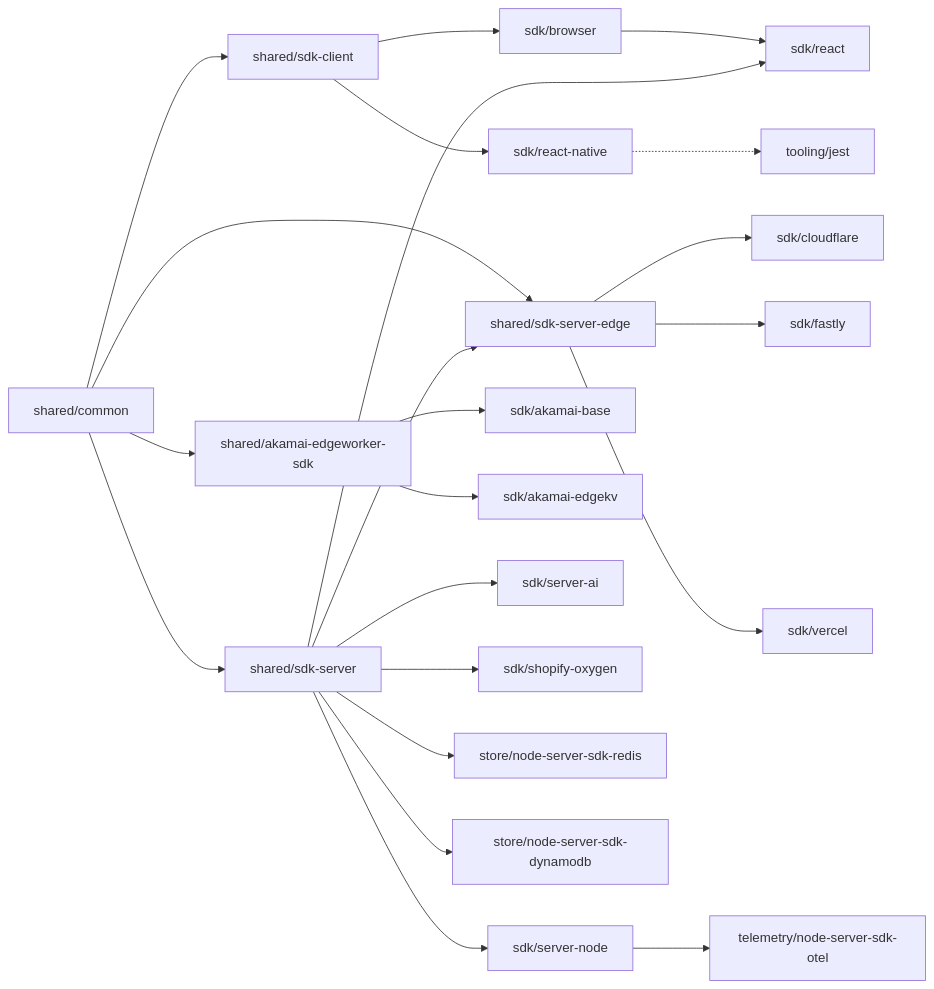
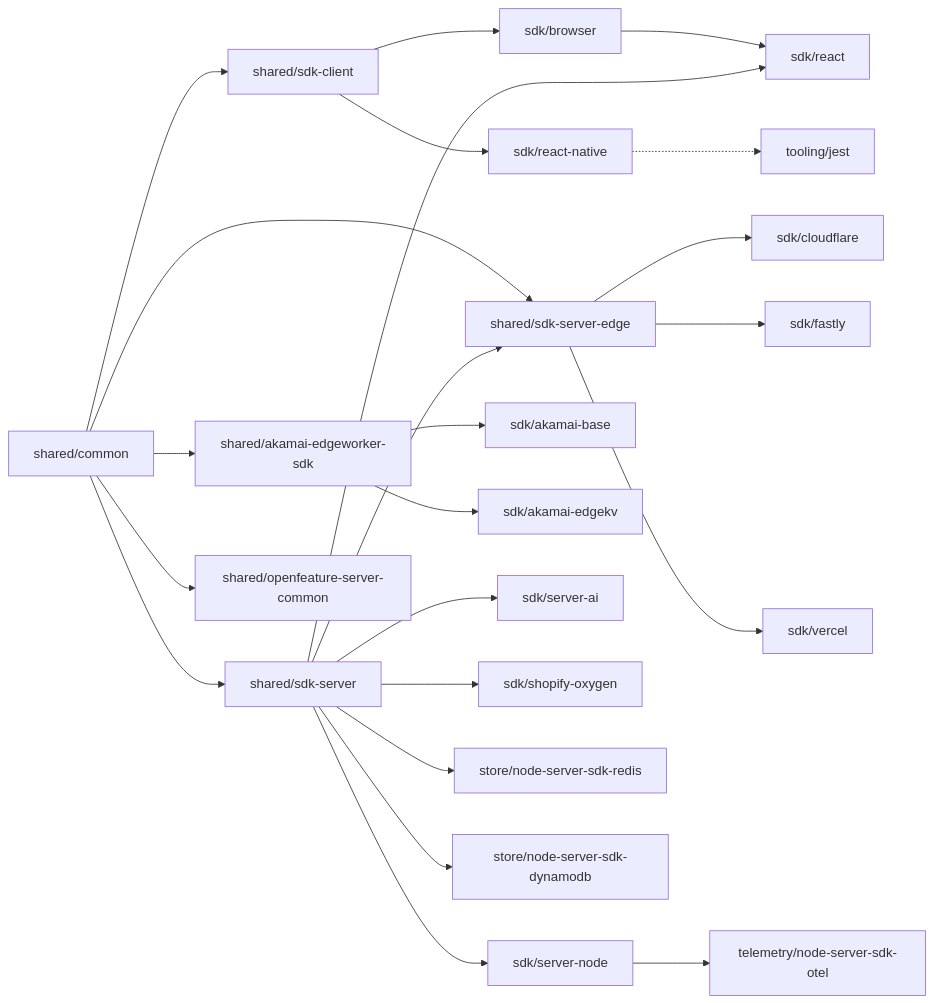
The diagram in CONTRIBUTING.md (launchdarkly/js-core), drawn with Mermaid before and after one commit. The commit also changed other lines of this file and 7 other files, not shown here.

Commit message:
feat!: release `@launchdarkly/openfeature-js-server-common` (#1754)

````diff
--- a/CONTRIBUTING.md
+++ b/CONTRIBUTING.md
@@ -149,72 +149,74 @@
 ```mermaid
 flowchart LR
     %% Shared packages
     common[shared/common]
     sdk-client[shared/sdk-client]
     sdk-server[shared/sdk-server]
     sdk-server-edge[shared/sdk-server-edge]
     akamai-edgeworker[shared/akamai-edgeworker-sdk]
+    openfeature-server-common[shared/openfeature-server-common]
 
     %% SDK packages
     server-node[sdk/server-node]
     cloudflare[sdk/cloudflare]
     fastly[sdk/fastly]
     react-native[sdk/react-native]
     browser[sdk/browser]
     vercel[sdk/vercel]
     akamai-base[sdk/akamai-base]
     akamai-edgekv[sdk/akamai-edgekv]
     server-ai[sdk/server-ai]
     react[sdk/react]
     shopify-oxygen[sdk/shopify-oxygen]
 
     %% Store packages
     redis[store/node-server-sdk-redis]
     dynamodb[store/node-server-sdk-dynamodb]
 
     %% Telemetry packages
     node-otel[telemetry/node-server-sdk-otel]
 
     %% Tooling packages
     jest[tooling/jest]
 
     %% Dependencies between shared packages
     common --> sdk-client
     common --> sdk-server
     common --> sdk-server-edge
     common --> akamai-edgeworker
+    common --> openfeature-server-common
     sdk-server --> sdk-server-edge
     
     %% Dependencies for SDK packages
     sdk-client --> browser
     sdk-client --> react-native
     browser --> react
     sdk-server --> react
     
     sdk-server --> server-node
     sdk-server --> server-ai
     sdk-server --> shopify-oxygen
     
     sdk-server-edge --> cloudflare
     sdk-server-edge --> fastly
     sdk-server-edge --> vercel
     
     akamai-edgeworker --> akamai-base
     akamai-edgeworker --> akamai-edgekv
     
     %% Dependencies for store packages
     sdk-server --> redis
     sdk-server --> dynamodb
     
     %% Dependencies for telemetry packages
     server-node --> node-otel
     
     %% Dependencies for tooling packages
     react-native -.-> jest
     
-    class common,sdk-client,sdk-server,sdk-server-edge,akamai-edgeworker shared
+    class common,sdk-client,sdk-server,sdk-server-edge,akamai-edgeworker,openfeature-server-common shared
     class server-node,cloudflare,fastly,react-native,browser,vercel,akamai-base,akamai-edgekv,server-ai,react,shopify-oxygen sdk
     class redis,dynamodb store
     class node-otel telemetry
     class jest tooling
 ```
````
